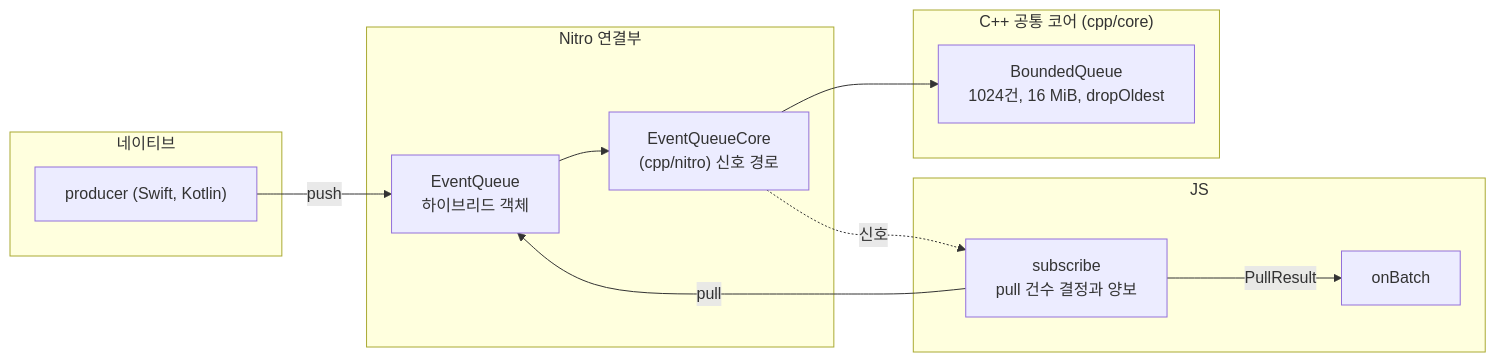
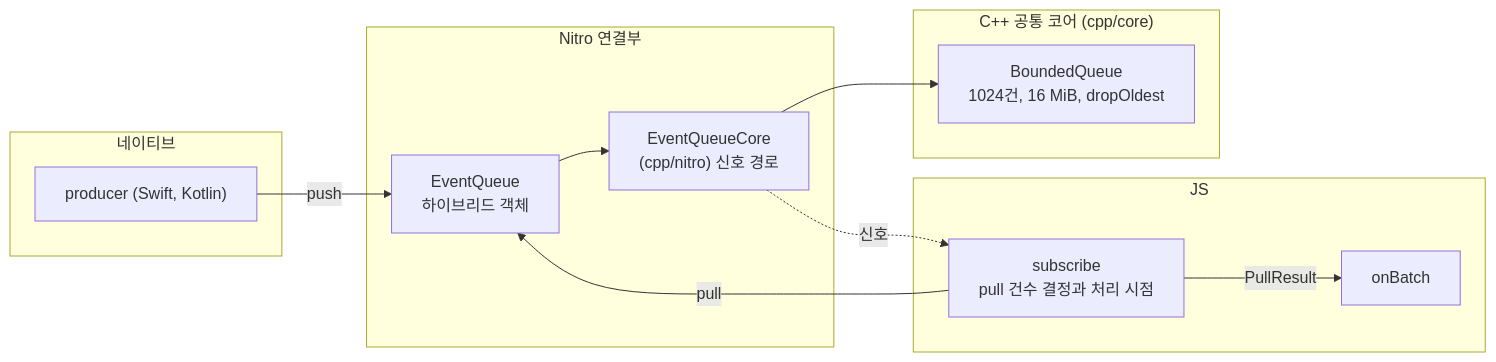
The diagram in README.md (opficdev/react-native-velo), drawn with Mermaid before and after one commit. The commit also changed other lines of this file and 15 other files, not shown here.

````diff
--- a/README.md
+++ b/README.md
@@ -21,23 +21,23 @@
 ```mermaid
 flowchart LR
   subgraph Native["네이티브"]
     P["producer (Swift, Kotlin)"]
   end
   subgraph Core["C++ 공통 코어 (cpp/core)"]
     Q["BoundedQueue<br/>1024건, 16 MiB, dropOldest"]
   end
   subgraph Nitro["Nitro 연결부"]
     H["EventQueue<br/>하이브리드 객체"]
     E["EventQueueCore<br/>(cpp/nitro) 신호 경로"]
   end
   subgraph JS["JS"]
-    S["subscribe<br/>pull 건수 결정과 양보"]
+    S["subscribe<br/>pull 건수 결정과 처리 시점"]
     C["onBatch"]
   end
   P -- "push" --> H
   H --> E
   E --> Q
   E -. "신호" .-> S
   S -- "pull" --> H
   S -- "PullResult" --> C
 ```
````
